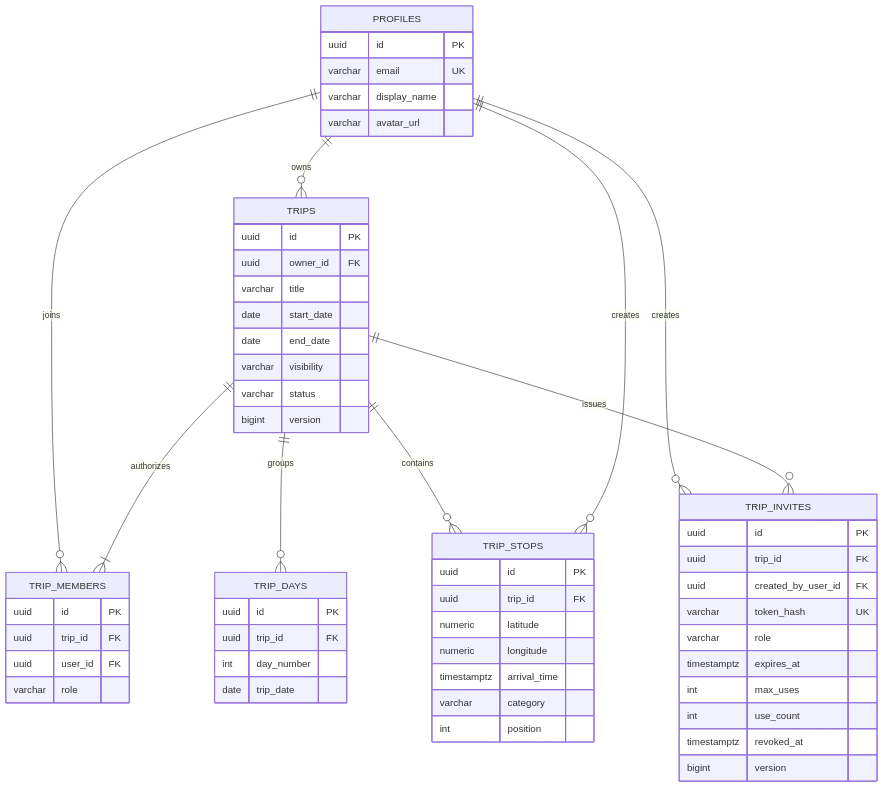
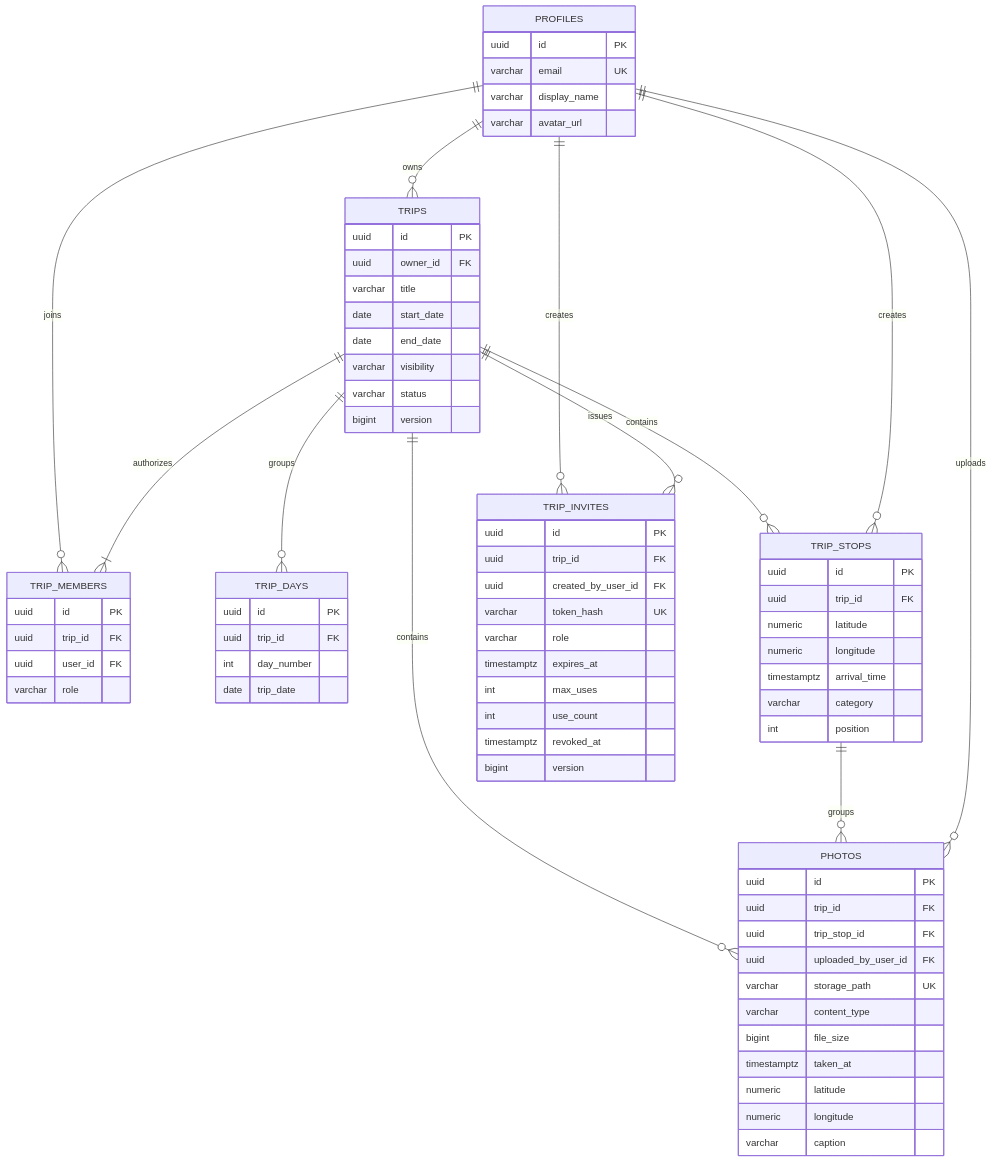
The diagram in docs/database/database-schema.md (ilynet-0302/Travel-Memory-Map), drawn with Mermaid before and after one commit. The commit also changed other lines of this file and 49 other files, not shown here.

````diff
--- a/docs/database/database-schema.md
+++ b/docs/database/database-schema.md
@@ -5,61 +5,77 @@
 ```mermaid
 erDiagram
     PROFILES ||--o{ TRIPS : owns
     PROFILES ||--o{ TRIP_MEMBERS : joins
     TRIPS ||--|{ TRIP_MEMBERS : authorizes
     TRIPS ||--o{ TRIP_DAYS : groups
     TRIPS ||--o{ TRIP_STOPS : contains
     PROFILES ||--o{ TRIP_STOPS : creates
     PROFILES ||--o{ TRIP_INVITES : creates
     TRIPS ||--o{ TRIP_INVITES : issues
+    TRIPS ||--o{ PHOTOS : contains
+    TRIP_STOPS ||--o{ PHOTOS : groups
+    PROFILES ||--o{ PHOTOS : uploads
 
     PROFILES {
       uuid id PK
       varchar email UK
       varchar display_name
       varchar avatar_url
     }
     TRIPS {
       uuid id PK
       uuid owner_id FK
       varchar title
       date start_date
       date end_date
       varchar visibility
       varchar status
       bigint version
     }
     TRIP_MEMBERS {
       uuid id PK
       uuid trip_id FK
       uuid user_id FK
       varchar role
     }
     TRIP_DAYS {
       uuid id PK
       uuid trip_id FK
       int day_number
       date trip_date
     }
     TRIP_STOPS {
       uuid id PK
       uuid trip_id FK
       numeric latitude
       numeric longitude
       timestamptz arrival_time
       varchar category
       int position
     }
     TRIP_INVITES {
       uuid id PK
       uuid trip_id FK
       uuid created_by_user_id FK
       varchar token_hash UK
       varchar role
       timestamptz expires_at
       int max_uses
       int use_count
       timestamptz revoked_at
       bigint version
     }
+    PHOTOS {
+      uuid id PK
+      uuid trip_id FK
+      uuid trip_stop_id FK
+      uuid uploaded_by_user_id FK
+      varchar storage_path UK
+      varchar content_type
+      bigint file_size
+      timestamptz taken_at
+      numeric latitude
+      numeric longitude
+      varchar caption
+    }
 ```
````
